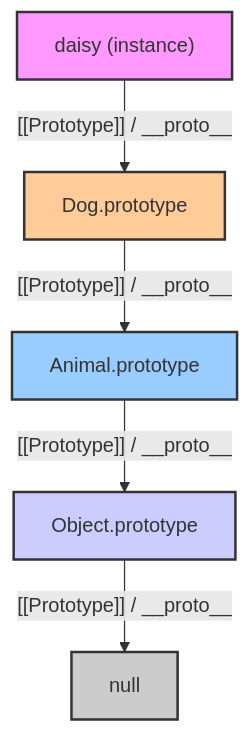
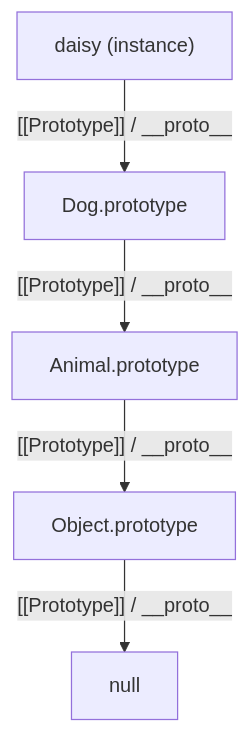
Before and after one commit to teatang/t-blog: the second of 2 diagrams in source/_posts/2024/2024-03-27_深入理解JavaScript原型链（Prototype Chain）.md, drawn with Mermaid. The commit also changed other lines of this file and 24 other files, not shown here.

```diff
--- a/source/_posts/2024/2024-03-27_深入理解JavaScript原型链（Prototype Chain）.md
+++ b/source/_posts/2024/2024-03-27_深入理解JavaScript原型链（Prototype Chain）.md
@@ -271,13 +264,7 @@
 {% mermaid %}
 graph TD
     A["daisy (instance)"] -- [[Prototype]] / __proto__ --> B[Dog.prototype]
     B -- [[Prototype]] / __proto__ --> C[Animal.prototype]
     C -- [[Prototype]] / __proto__ --> D[Object.prototype]
     D -- [[Prototype]] / __proto__ --> E[null]
-
-    style A fill:#f9f,stroke:#333,stroke-width:2px;
-    style B fill:#fc9,stroke:#333,stroke-width:2px;
-    style C fill:#9cf,stroke:#333,stroke-width:2px;
-    style D fill:#ccf,stroke:#333,stroke-width:2px;
-    style E fill:#ccc,stroke:#333,stroke-width:2px;
 {% endmermaid %}
```
